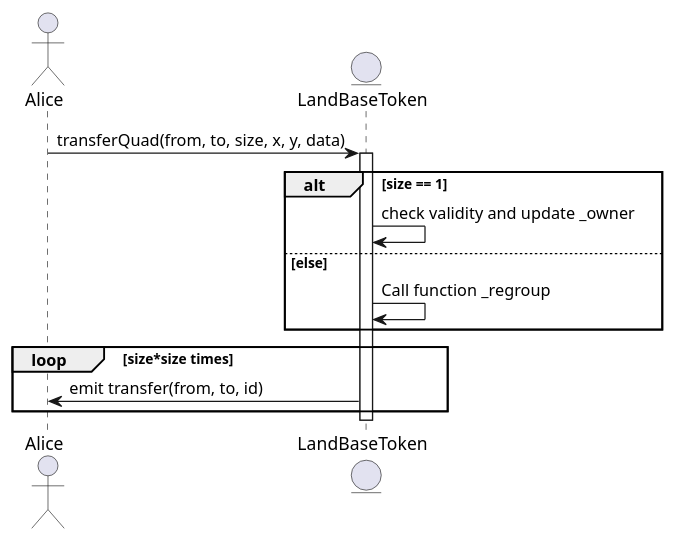
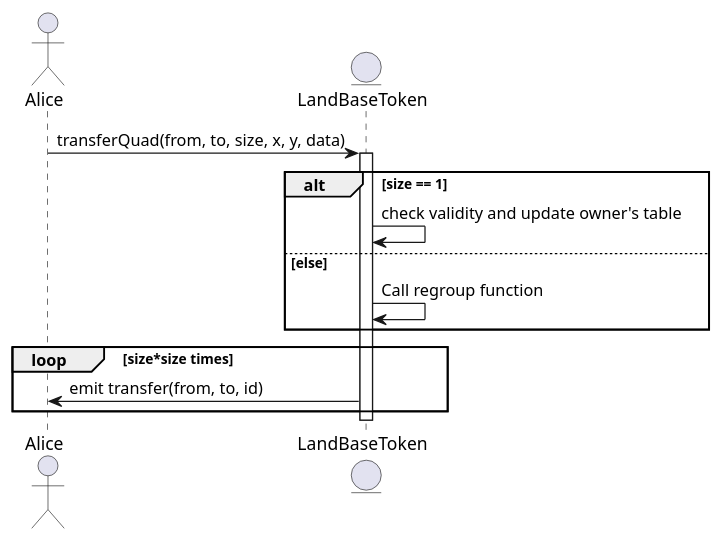
Before and after one commit to thesandboxgame/sandbox-smart-contracts: the third of 4 diagrams in docs/topics/land/land.md, drawn with PlantUML. The commit also changed other lines of this file, not shown here.

````diff
--- a/docs/topics/land/land.md
+++ b/docs/topics/land/land.md
@@ -332,15 +326,15 @@
 ```plantuml
 actor Alice
 entity LandBaseToken
 Alice -> LandBaseToken: transferQuad(from, to, size, x, y, data)
 activate LandBaseToken
 alt size == 1
-    LandBaseToken -> LandBaseToken: check validity and update _owner
+    LandBaseToken -> LandBaseToken: check validity and update owner's table
 else else
-    LandBaseToken -> LandBaseToken: Call function _regroup
+    LandBaseToken -> LandBaseToken: Call regroup function
 end
 loop size*size times
     LandBaseToken -> Alice: emit transfer(from, to, id)
 end
 deactivate LandBaseToken
 ```
````
